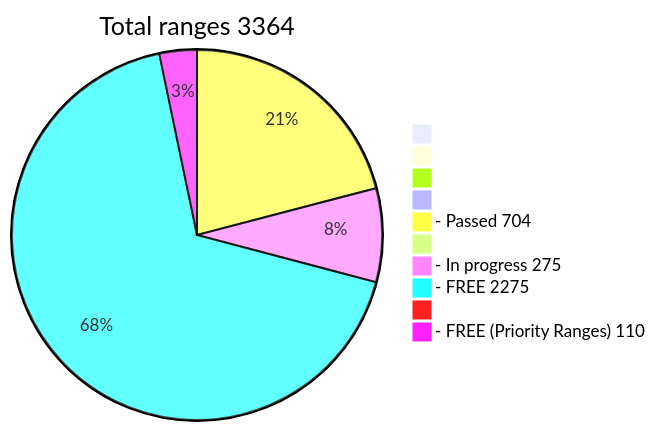
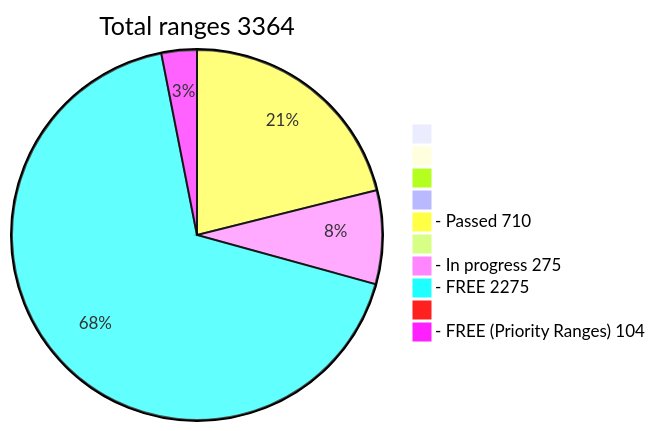
The diagram in README.md (phrutis/wif500), drawn with Mermaid before and after one commit.

````diff
--- a/README.md
+++ b/README.md
@@ -16,13 +16,13 @@
 ```mermaid
 pie title Total ranges 3364
              " " : 0
             "  " : 0
            "   " : 0
           "    " : 0
-  "- Passed 704" : 704
+  "- Passed 710" : 710
          "     " : 0
   "- In progress 275" : 275
    "- FREE 2275" : 2275
         "      " : 0
-  "- FREE (Priority Ranges) 110" : 110
+  "- FREE (Priority Ranges) 104" : 104
 ```
````
